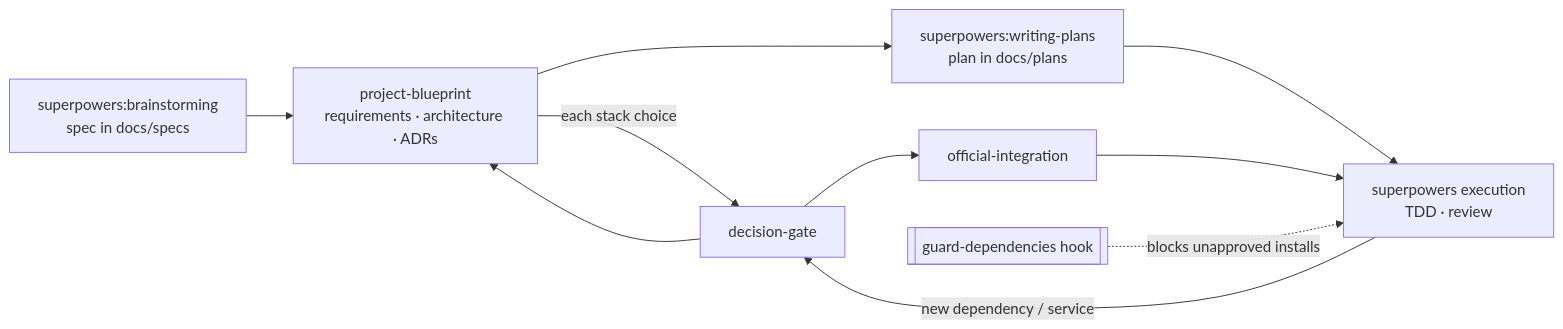
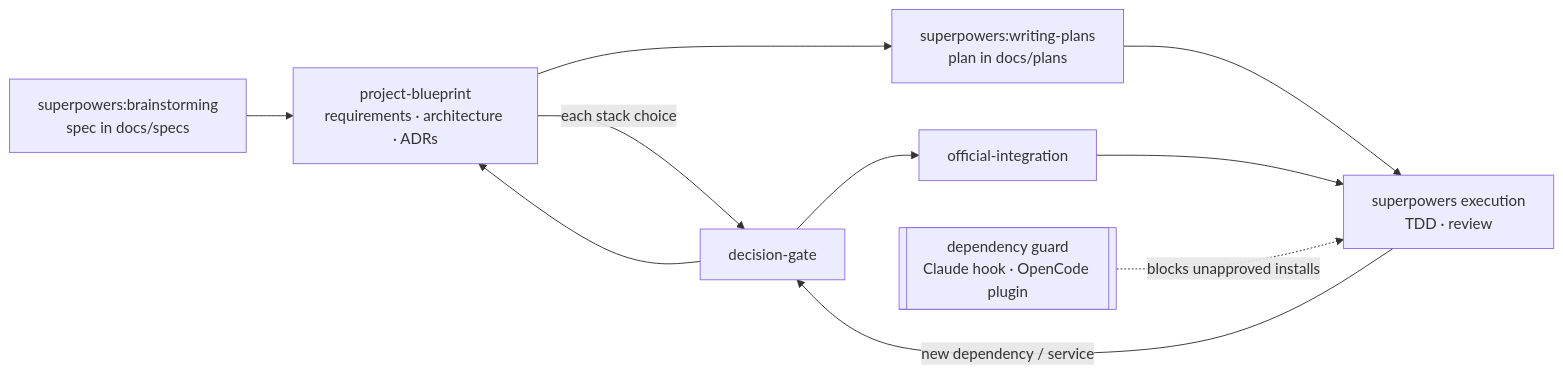
Before and after one commit to titanfrigel/senior-standards: the diagram in docs/specs/2026-10-21-senior-standards-design.md, drawn with Mermaid. The commit also changed other lines of this file, not shown here.

Commit message:
docs(spec): add OpenCode support via shared core and per-harness adapters

````diff
--- a/docs/specs/2026-10-21-senior-standards-design.md
+++ b/docs/specs/2026-10-21-senior-standards-design.md
@@ -101,12 +116,12 @@
 ```mermaid
 flowchart LR
   B[superpowers:brainstorming<br/>spec in docs/specs] --> PB[project-blueprint<br/>requirements · architecture · ADRs]
   PB -->|each stack choice| DG[decision-gate]
   DG --> PB
   PB --> WP[superpowers:writing-plans<br/>plan in docs/plans]
   WP --> EX[superpowers execution<br/>TDD · review]
   EX -->|new dependency / service| DG
   DG --> OI[official-integration]
   OI --> EX
-  G[[guard-dependencies hook]] -.blocks unapproved installs.-> EX
+  G[[dependency guard<br/>Claude hook · OpenCode plugin]] -.blocks unapproved installs.-> EX
 ```
````
